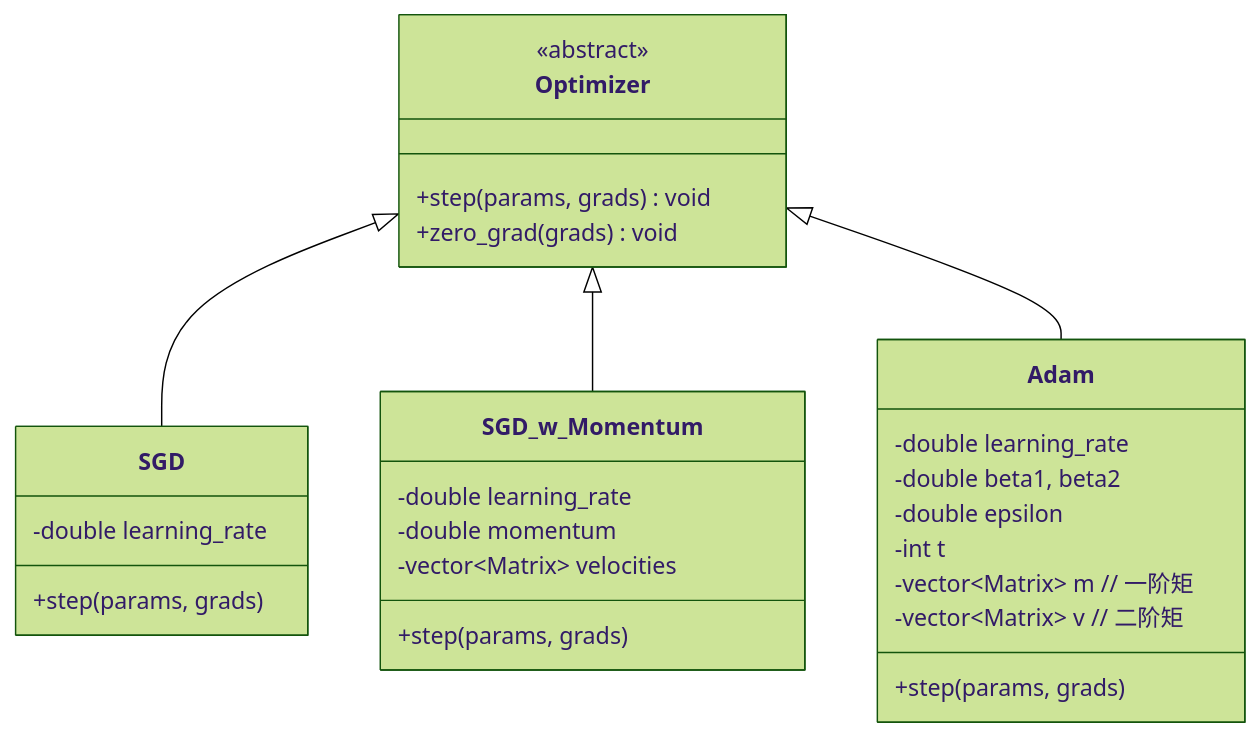
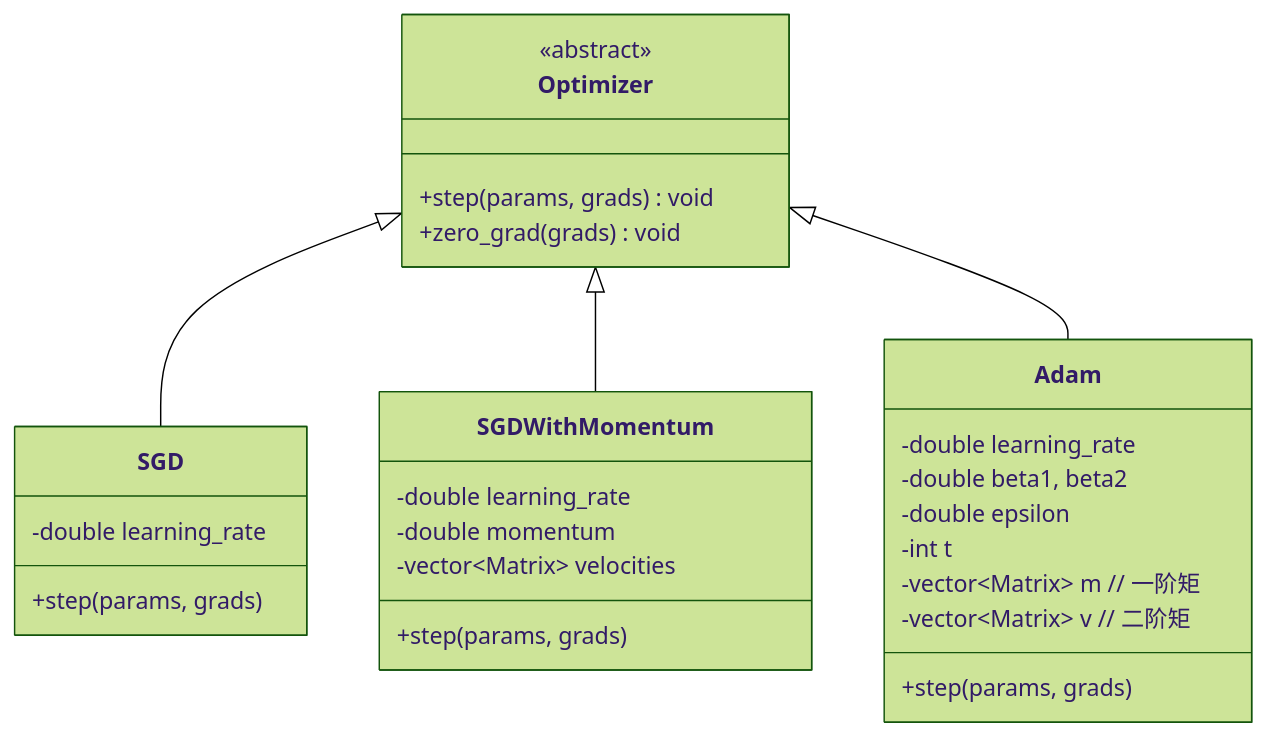
Before and after one commit to EthanPeng-2048/neuralnet.cpp: the eighth of 13 diagrams in docs/ARCHITECTURE.md, drawn with Mermaid (forest theme). The commit also changed other lines of this file and 31 other files, not shown here.

````diff
--- a/docs/ARCHITECTURE.md
+++ b/docs/ARCHITECTURE.md
@@ -304,34 +300,34 @@
 ```mermaid
 classDiagram
     class Optimizer {
         <<abstract>>
         +step(params, grads) void
         +zero_grad(grads) void
     }
 
     class SGD {
         -double learning_rate
         +step(params, grads)
     }
 
-    class SGD_w_Momentum {
+    class SGDWithMomentum {
         -double learning_rate
         -double momentum
         -vector~Matrix~ velocities
         +step(params, grads)
     }
 
     class Adam {
         -double learning_rate
         -double beta1, beta2
         -double epsilon
         -int t
         -vector~Matrix~ m  // 一阶矩
         -vector~Matrix~ v  // 二阶矩
         +step(params, grads)
     }
 
     Optimizer <|-- SGD
-    Optimizer <|-- SGD_w_Momentum
+    Optimizer <|-- SGDWithMomentum
     Optimizer <|-- Adam
 ```
````
